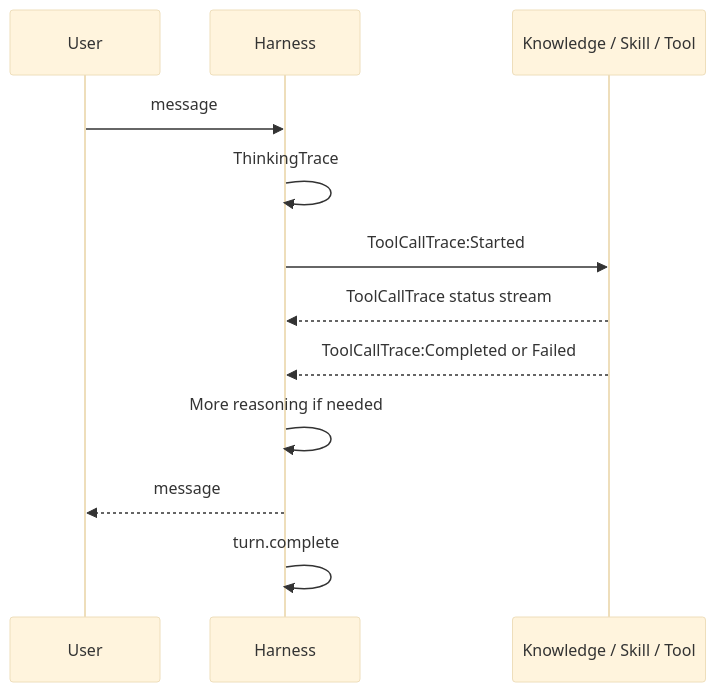
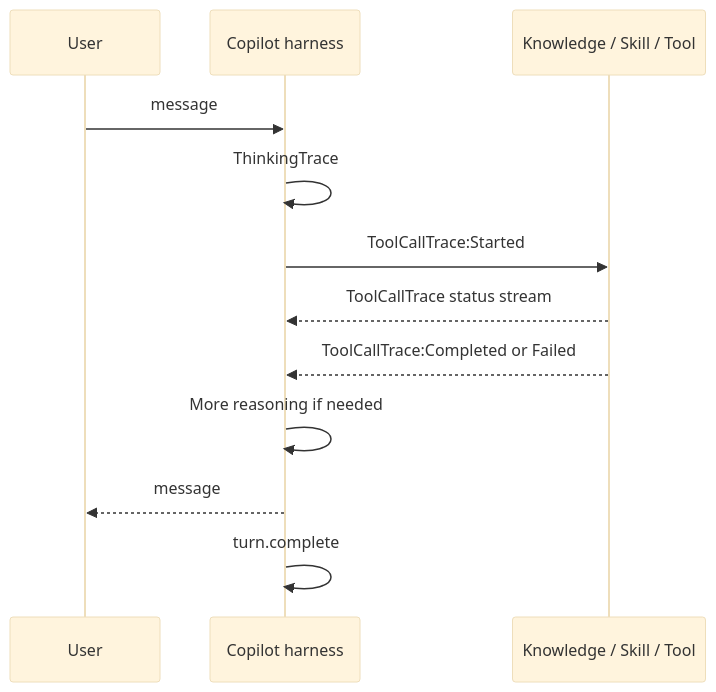
One commit to microsoft/mcscatblog changed the diagram in _posts/2026-08-23-reading-github-copilot-harness-transcripts.md. Above: the diagram before and after it, drawn with Mermaid (base theme). The commit also changed other lines of this file and 1 other file, not shown here.

First line of the commit message:
Address harness transcript blog review

````diff
--- a/_posts/2026-08-23-reading-github-copilot-harness-transcripts.md
+++ b/_posts/2026-08-23-reading-github-copilot-harness-transcripts.md
@@ -110,15 +141,15 @@
 ```mermaid
 sequenceDiagram
     participant U as User
-    participant H as Harness
+    participant H as Copilot harness
     participant K as Knowledge / Skill / Tool
 
     U->>H: message
     H->>H: ThinkingTrace
     H->>K: ToolCallTrace:Started
     K-->>H: ToolCallTrace status stream
     K-->>H: ToolCallTrace:Completed or Failed
     H->>H: More reasoning if needed
     H-->>U: message
     H->>H: turn.complete
 ```
````
